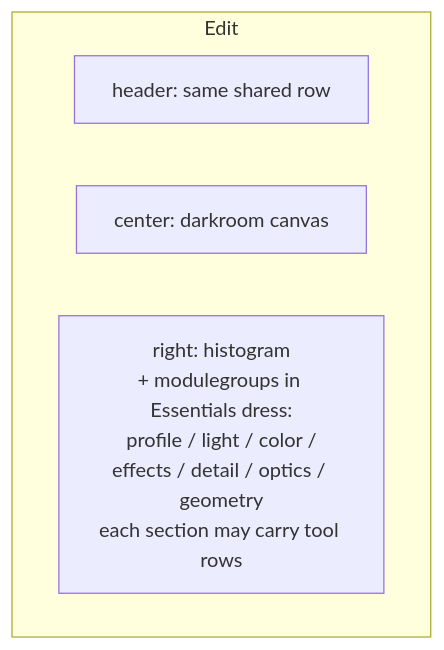
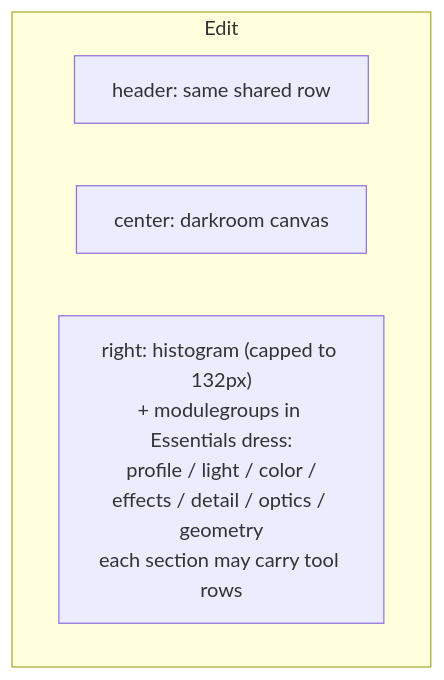
Before and after one commit to Issuenate/darktable: the fifth of 9 diagrams in dev-doc/Essentials_UI_Architecture.md, drawn with Mermaid. The commit also changed other lines of this file, not shown here.

First line of the commit message:
dev-doc: update the essentials page for the editor rework

````diff
--- a/dev-doc/Essentials_UI_Architecture.md
+++ b/dev-doc/Essentials_UI_Architecture.md
@@ -182,9 +185,9 @@
 ```mermaid
 flowchart LR
     subgraph EDIT["Edit"]
         direction LR
         EH["header: same shared row"]
         EC["center: darkroom canvas"]
-        ER["right: histogram<br/>+ modulegroups in Essentials dress:<br/>profile / light / color /<br/>effects / detail / optics / geometry<br/>each section may carry tool rows"]
+        ER["right: histogram (capped to 132px)<br/>+ modulegroups in Essentials dress:<br/>profile / light / color /<br/>effects / detail / optics / geometry<br/>each section may carry tool rows"]
     end
 ```
````
